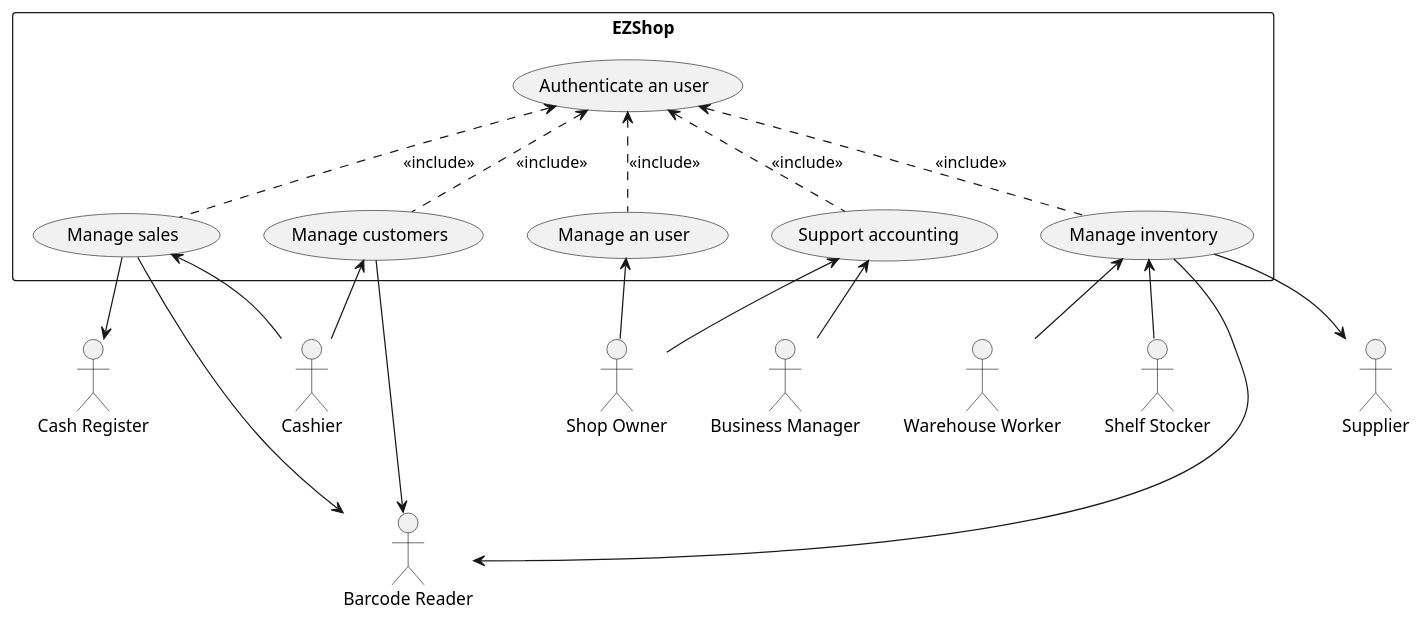
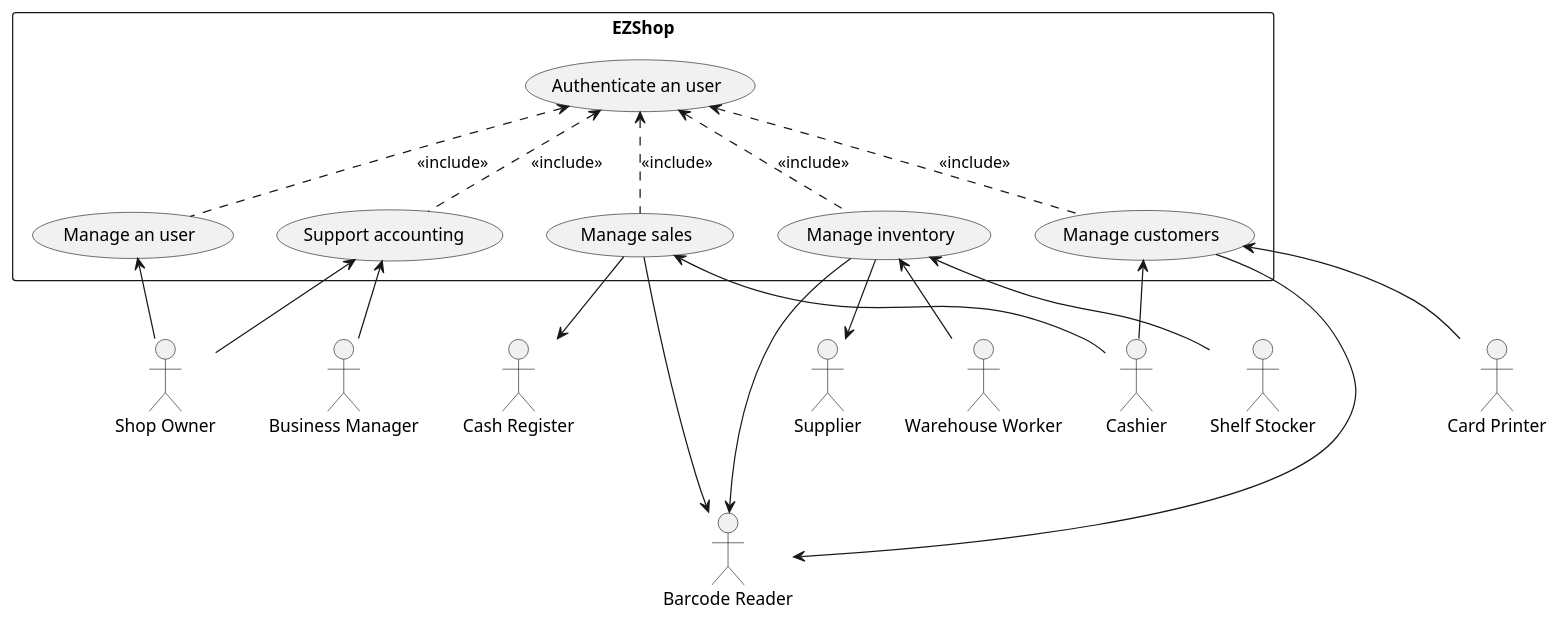
Before and after one commit to gioele-scaletta/EZShop-Software-Engineering-Project: the second of 5 diagrams in Deliverables/RequirementsDocument.md, drawn with PlantUML. The commit also changed other lines of this file, not shown here.

````diff
--- a/Deliverables/RequirementsDocument.md
+++ b/Deliverables/RequirementsDocument.md
@@ -170,45 +170,46 @@
 ```plantuml
 actor "Shop Owner" as so
 actor "Cashier" as c
 actor "Warehouse Worker" as ww
 actor "Shelf Stocker" as ss
 actor "Barcode Reader" as br
 actor "Cash Register" as cr
+actor "Card Printer" as cp
 actor "Supplier" as s
 actor "Business Manager" as bm
  
 rectangle EZShop {
     usecase "Authenticate an user" as F1
     usecase "Manage an user" as F2
     usecase "Manage sales" as F3
     usecase "Manage inventory" as F4
     usecase "Manage customers" as F5
     usecase "Support accounting " as F6
 }
  
 F1 <.. F2 : <<include>>
 F1 <.. F3 : <<include>>
 F1 <.. F4 : <<include>>
 F1 <.. F5 : <<include>>
 F1 <.. F6 : <<include>>
 
  
 F2 <-- so
- 
+F5 <--cp
 F3 <-- c
 F3 --> cr
 F3 ---> br
  
 F4 ---> br
 F4 <-- ww
 F4 <-- ss
  
 F4 --> s
  
 F5 <-- c
 F5 ---> br
  
 F6 <-- bm
 F6 <-- so
 
 ```
````
